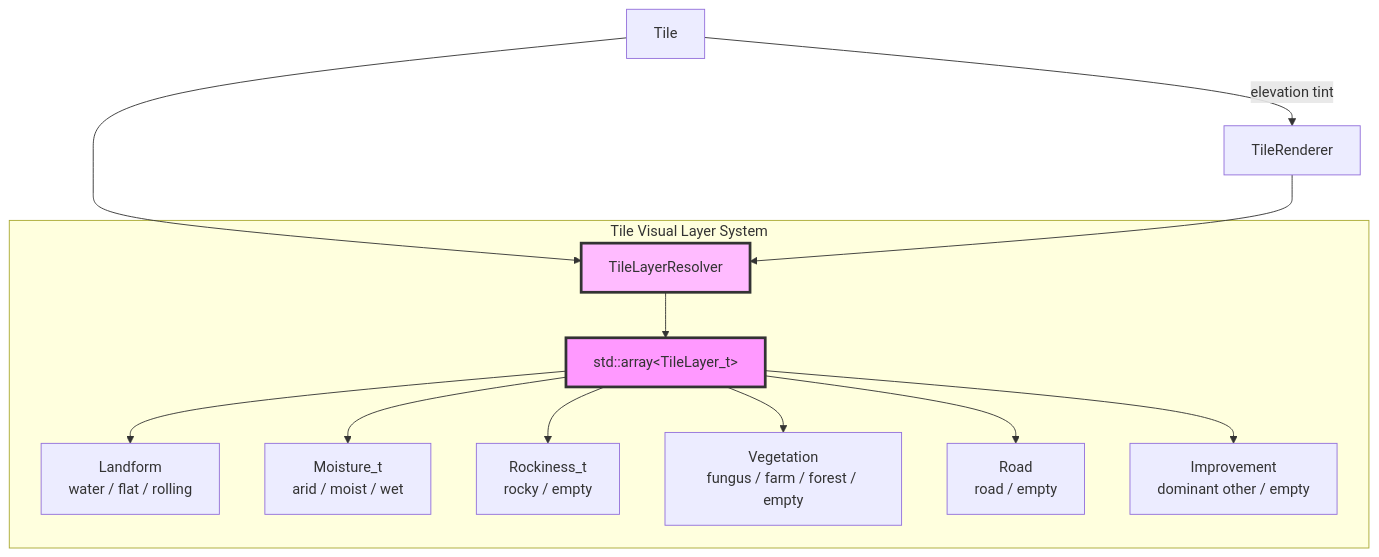
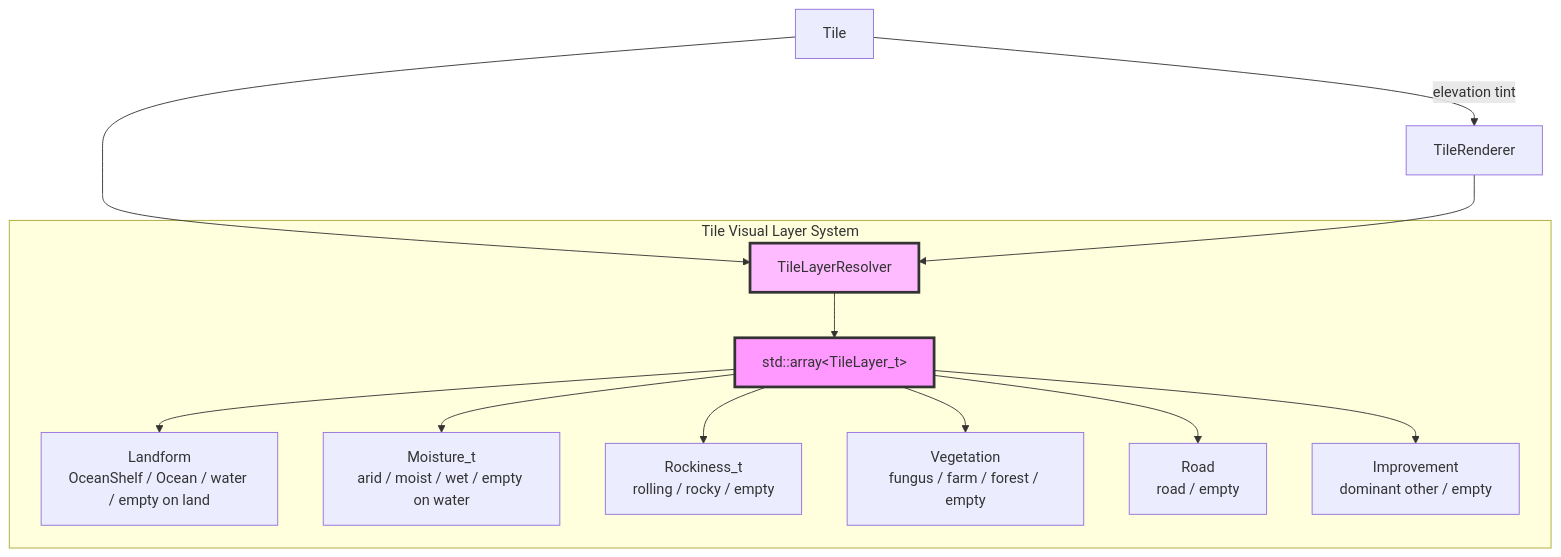
The third of 3 diagrams in docs/architecture/map-system.md (kilianloftis/alpha-centauri), drawn with Mermaid before and after one commit. The commit also changed other lines of this file and 21 other files, not shown here.

````diff
--- a/docs/architecture/map-system.md
+++ b/docs/architecture/map-system.md
@@ -181,27 +181,27 @@
 ```mermaid
 graph TB
     subgraph "Tile Visual Layer System"
         Resolver[TileLayerResolver]
         Layers[std::array&lt;TileLayer_t&gt;]
-        Landform[Landform<br/>water / flat / rolling]
-        Moisture_t[Moisture_t<br/>arid / moist / wet]
-        Rockiness_t[Rockiness_t<br/>rocky / empty]
+        Landform[Landform<br/>OceanShelf / Ocean / water / empty on land]
+        Moisture_t[Moisture_t<br/>arid / moist / wet / empty on water]
+        Rockiness_t[Rockiness_t<br/>rolling / rocky / empty]
         Vegetation[Vegetation<br/>fungus / farm / forest / empty]
         Road[Road<br/>road / empty]
         Improvement[Improvement<br/>dominant other / empty]
     end
 
     Tile[Tile] --> Resolver
     Resolver --> Layers
     Layers --> Landform
     Layers --> Moisture_t
     Layers --> Rockiness_t
     Layers --> Vegetation
     Layers --> Road
     Layers --> Improvement
     TileRenderer[TileRenderer] --> Resolver
     Tile -->|elevation tint| TileRenderer
 
     style Resolver fill:#fbf,stroke:#333,stroke-width:3px
     style Layers fill:#f9f,stroke:#333,stroke-width:3px
 ```
````
